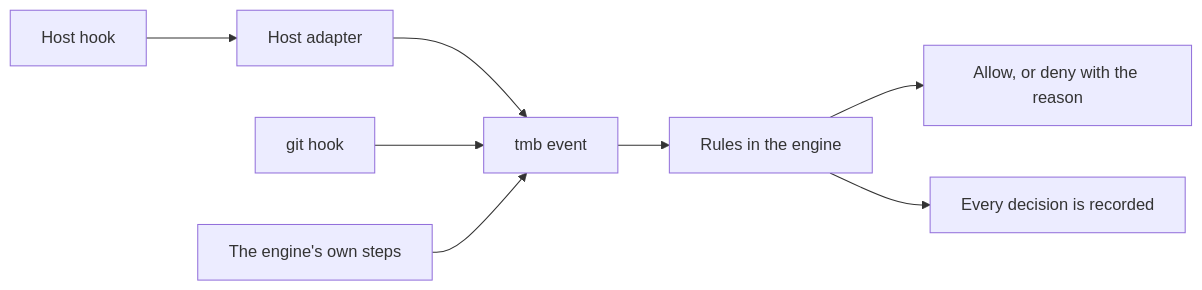
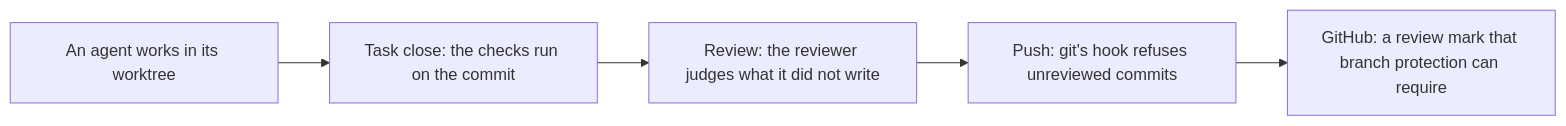
Before and after one commit to trustmybot/tmb: the third of 5 diagrams in docs/architecture/HOSTS.md, drawn with Mermaid. The commit also changed other lines of this file and 18 other files, not shown here.

````diff
--- a/docs/architecture/HOSTS.md
+++ b/docs/architecture/HOSTS.md
@@ -110,9 +119,7 @@
 ```mermaid
 flowchart LR
-    HH[Host hook] --> A[Host adapter] --> EV[tmb event]
-    GH[git hook] --> EV
-    EN[The engine's own steps] --> EV
-    EV --> RU[Rules in the engine]
-    RU --> AN[Allow, or deny with the reason]
-    RU --> RE[Every decision is recorded]
+    W[An agent works in its worktree] --> C1[Task close: the checks run on the commit]
+    C1 --> C2[Review: the reviewer judges what it did not write]
+    C2 --> C3["Push: git's hook refuses unreviewed commits"]
+    C3 --> C4[GitHub: a review mark that branch protection can require]
 ```
````
